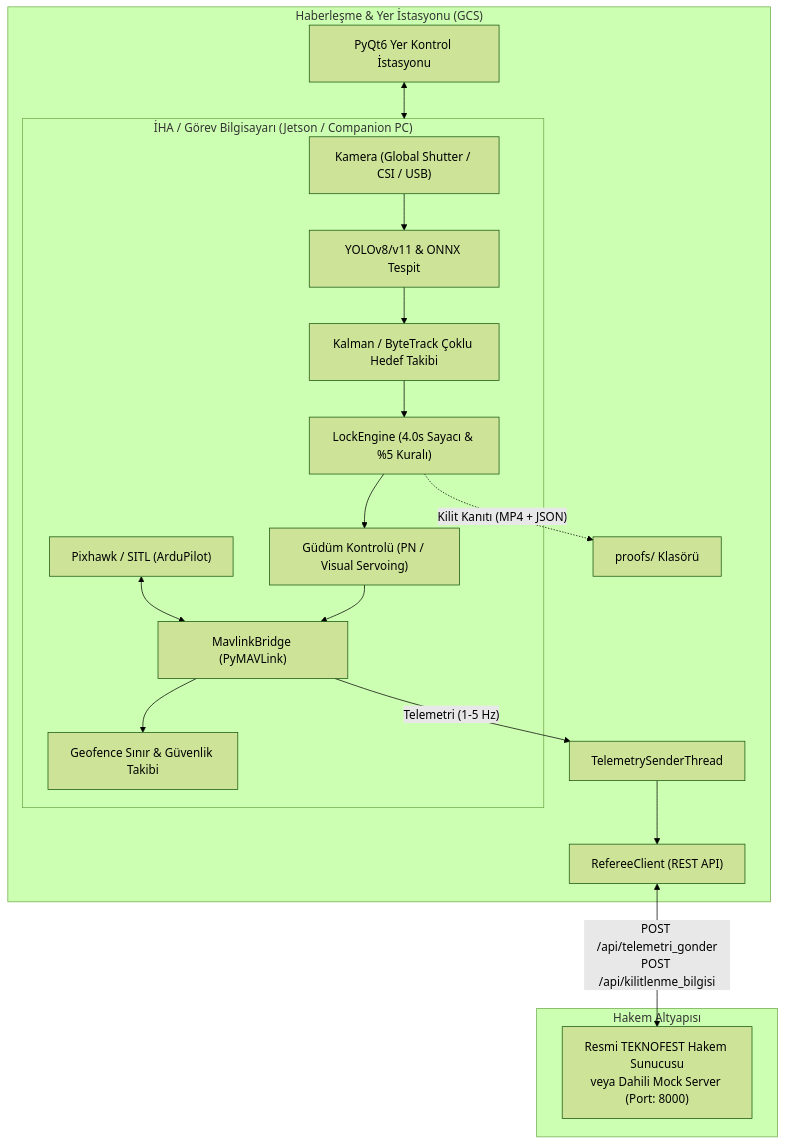
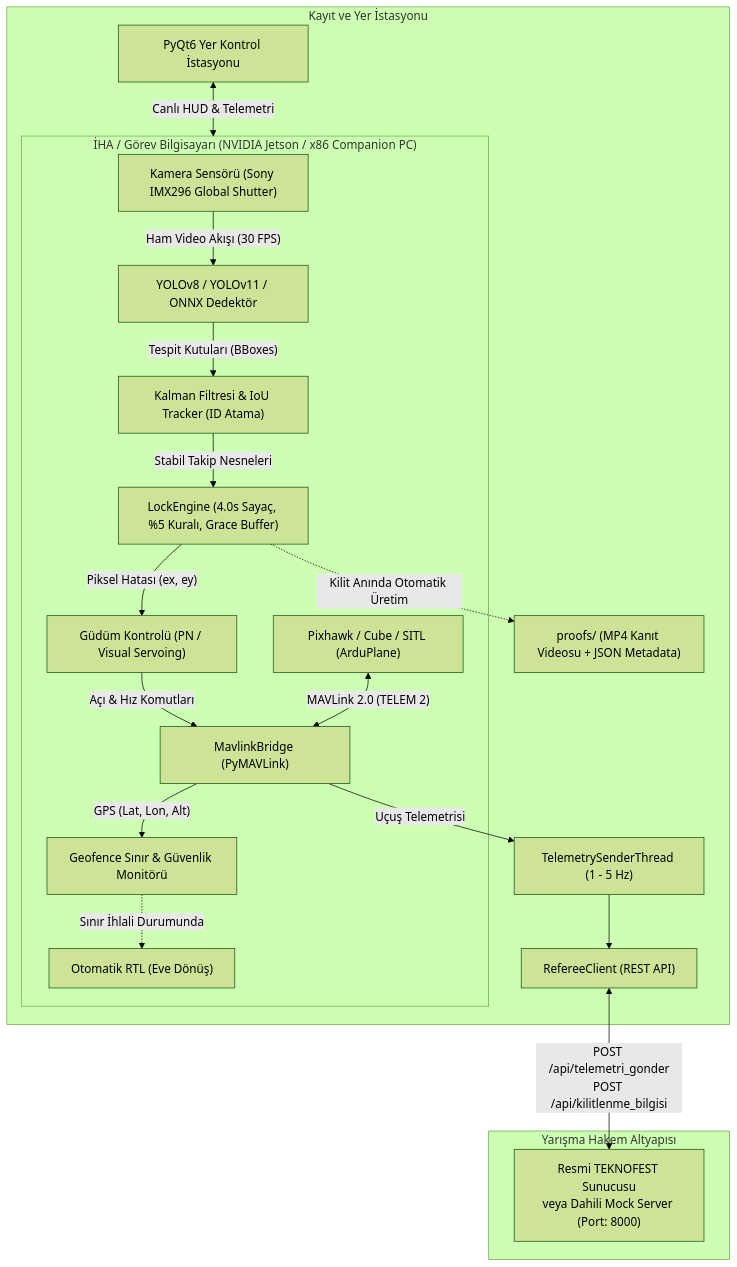
One commit to bahattinyunus/teknofest_savasan_iha changed the diagram in README.md. Above: the diagram before and after it, drawn with Mermaid (forest theme). The commit also changed other lines of this file and 4 other files, not shown here.

````diff
--- a/README.md
+++ b/README.md
@@ -31,24 +60,26 @@
 ```mermaid
 flowchart TD
-    subgraph Hava_Araci["İHA / Görev Bilgisayarı (Jetson / Companion PC)"]
-        CAM["Kamera (Global Shutter / CSI / USB)"] --> DET["YOLOv8/v11 & ONNX Tespit"]
-        DET --> TRK["Kalman / ByteTrack Çoklu Hedef Takibi"]
-        TRK --> LCK["LockEngine (4.0s Sayacı & %5 Kuralı)"]
+    subgraph Hava_Araci["İHA / Görev Bilgisayarı (NVIDIA Jetson / x86 Companion PC)"]
+        CAM["Kamera Sensörü (Sony IMX296 Global Shutter)"] -->|"Ham Video Akışı (30 FPS)"| DET["YOLOv8 / YOLOv11 / ONNX Dedektör"]
+        DET -->|"Tespit Kutuları (BBoxes)"| TRK["Kalman Filtresi & IoU Tracker (ID Atama)"]
+        TRK -->|"Stabil Takip Nesneleri"| LCK["LockEngine (4.0s Sayaç, %5 Kuralı, Grace Buffer)"]
         
-        PIX["Pixhawk / SITL (ArduPilot)"] <--> MAV["MavlinkBridge (PyMAVLink)"]
-        MAV --> GEO["Geofence Sınır & Güvenlik Takibi"]
-        LCK --> GUID["Güdüm Kontrolü (PN / Visual Servoing)"]
-        GUID --> MAV
+        LCK -->|"Piksel Hatası (ex, ey)"| GUID["Güdüm Kontrolü (PN / Visual Servoing)"]
+        GUID -->|"Açı & Hız Komutları"| MAV["MavlinkBridge (PyMAVLink)"]
+        PIX["Pixhawk / Cube / SITL (ArduPlane)"] <-->|"MAVLink 2.0 (TELEM 2)"| MAV
+        
+        MAV -->|"GPS (Lat, Lon, Alt)"| GEO["Geofence Sınır & Güvenlik Monitörü"]
+        GEO -.->|"Sınır İhlali Durumunda"| FAILSAFE["Otomatik RTL (Eve Dönüş)"]
     end
 
-    subgraph Iletisim["Haberleşme & Yer İstasyonu (GCS)"]
-        LCK -.->|"Kilit Kanıtı (MP4 + JSON)"| PROOF["proofs/ Klasörü"]
-        MAV -->|"Telemetri (1-5 Hz)"| SENDER["TelemetrySenderThread"]
+    subgraph Kanit_ve_Telemetri["Kayıt ve Yer İstasyonu"]
+        LCK -.->|"Kilit Anında Otomatik Üretim"| PROOF["proofs/ (MP4 Kanıt Videosu + JSON Metadata)"]
+        MAV -->|"Uçuş Telemetrisi"| SENDER["TelemetrySenderThread (1 - 5 Hz)"]
         SENDER --> CLIENT["RefereeClient (REST API)"]
-        GCS["PyQt6 Yer Kontrol İstasyonu"] <--> Hava_Araci
+        GCS["PyQt6 Yer Kontrol İstasyonu"] <-->|"Canlı HUD & Telemetri"| Hava_Araci
     end
 
-    subgraph Hakem["Hakem Altyapısı"]
-        CLIENT <-->|"POST /api/telemetri_gonder\nPOST /api/kilitlenme_bilgisi"| SERVER["Resmi TEKNOFEST Hakem Sunucusu\nveya Dahili Mock Server (Port: 8000)"]
+    subgraph Hakem_Katmani["Yarışma Hakem Altyapısı"]
+        CLIENT <-->|"POST /api/telemetri_gonder\nPOST /api/kilitlenme_bilgisi"| SERVER["Resmi TEKNOFEST Sunucusu\nveya Dahili Mock Server (Port: 8000)"]
     end
 ```
````
